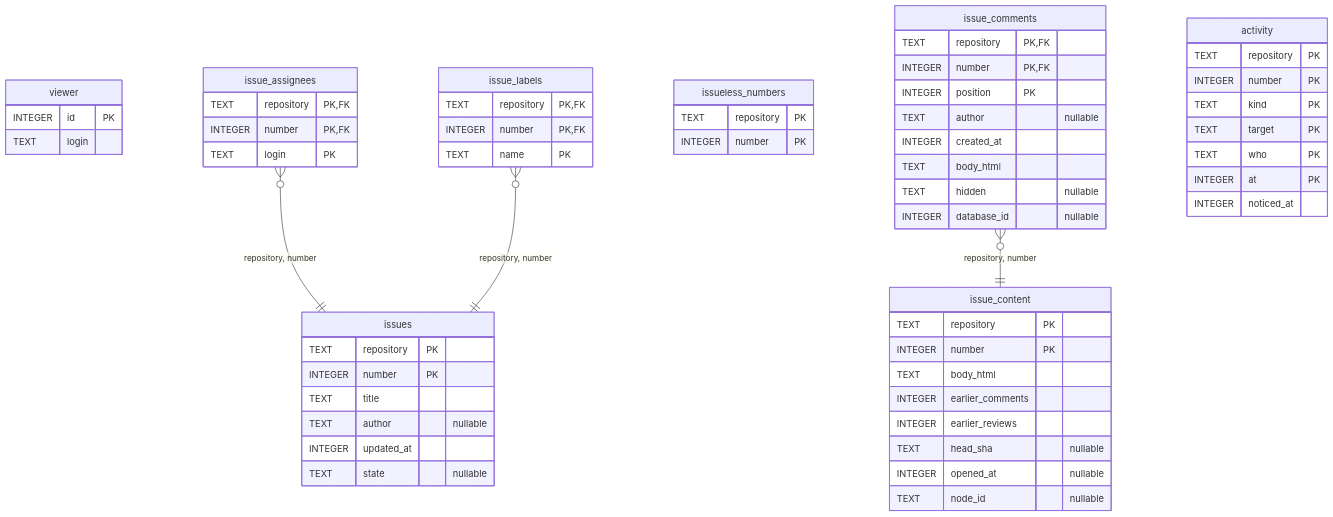
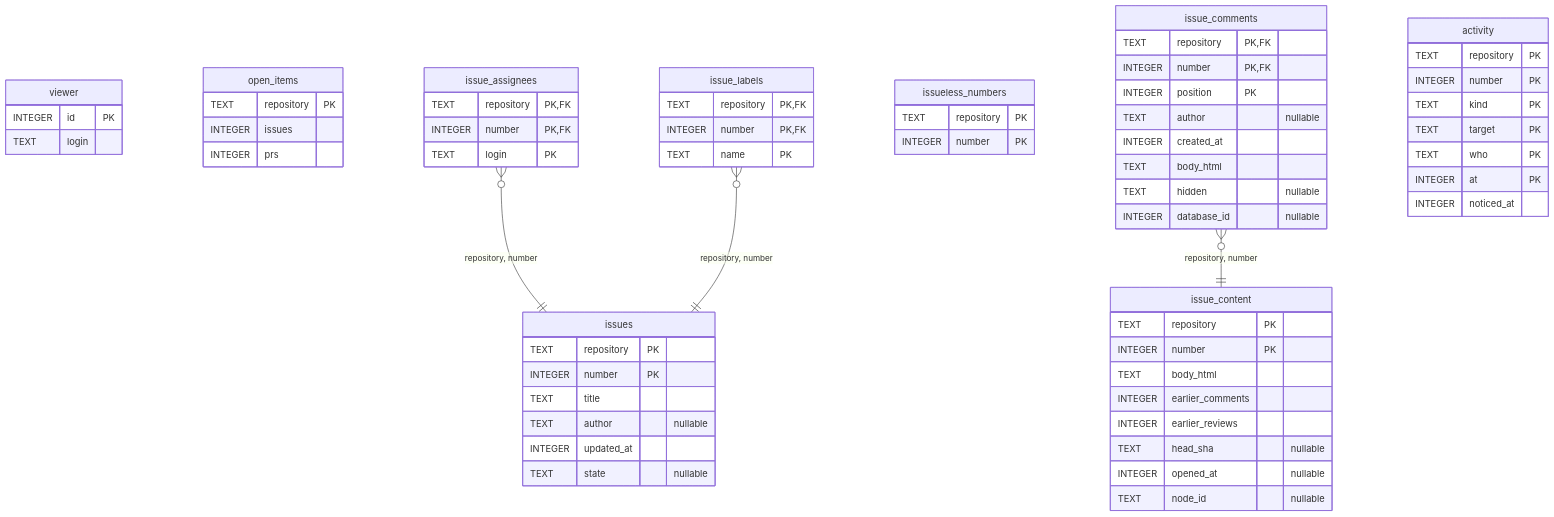
One commit to tsugiki/tsugiki changed the second of 4 diagrams in docs/schema.md. Above: the diagram before and after it, drawn with Mermaid. The commit also changed other lines of this file and 36 other files, not shown here.

First line of the commit message:
Head each Repository's page in Settings with Read-only or Can write, its open items and last sync (#1047)

````diff
--- a/docs/schema.md
+++ b/docs/schema.md
@@ -187,61 +187,66 @@
 ```mermaid
 erDiagram
     viewer {
         INTEGER id PK
         TEXT login
+    }
+    open_items {
+        TEXT repository PK
+        INTEGER issues
+        INTEGER prs
     }
     issues {
         TEXT repository PK
         INTEGER number PK
         TEXT title
         TEXT author "nullable"
         INTEGER updated_at
         TEXT state "nullable"
     }
     issue_assignees {
         TEXT repository PK, FK
         INTEGER number PK, FK
         TEXT login PK
     }
     issue_labels {
         TEXT repository PK, FK
         INTEGER number PK, FK
         TEXT name PK
     }
     issueless_numbers {
         TEXT repository PK
         INTEGER number PK
     }
     issue_content {
         TEXT repository PK
         INTEGER number PK
         TEXT body_html
         INTEGER earlier_comments
         INTEGER earlier_reviews
         TEXT head_sha "nullable"
         INTEGER opened_at "nullable"
         TEXT node_id "nullable"
     }
     issue_comments {
         TEXT repository PK, FK
         INTEGER number PK, FK
         INTEGER position PK
         TEXT author "nullable"
         INTEGER created_at
         TEXT body_html
         TEXT hidden "nullable"
         INTEGER database_id "nullable"
     }
     activity {
         TEXT repository PK
         INTEGER number PK
         TEXT kind PK
         TEXT target PK
         TEXT who PK
         INTEGER at PK
         INTEGER noticed_at
     }
     issue_assignees }o--|| issues : "repository, number"
     issue_labels }o--|| issues : "repository, number"
     issue_comments }o--|| issue_content : "repository, number"
 ```
````
